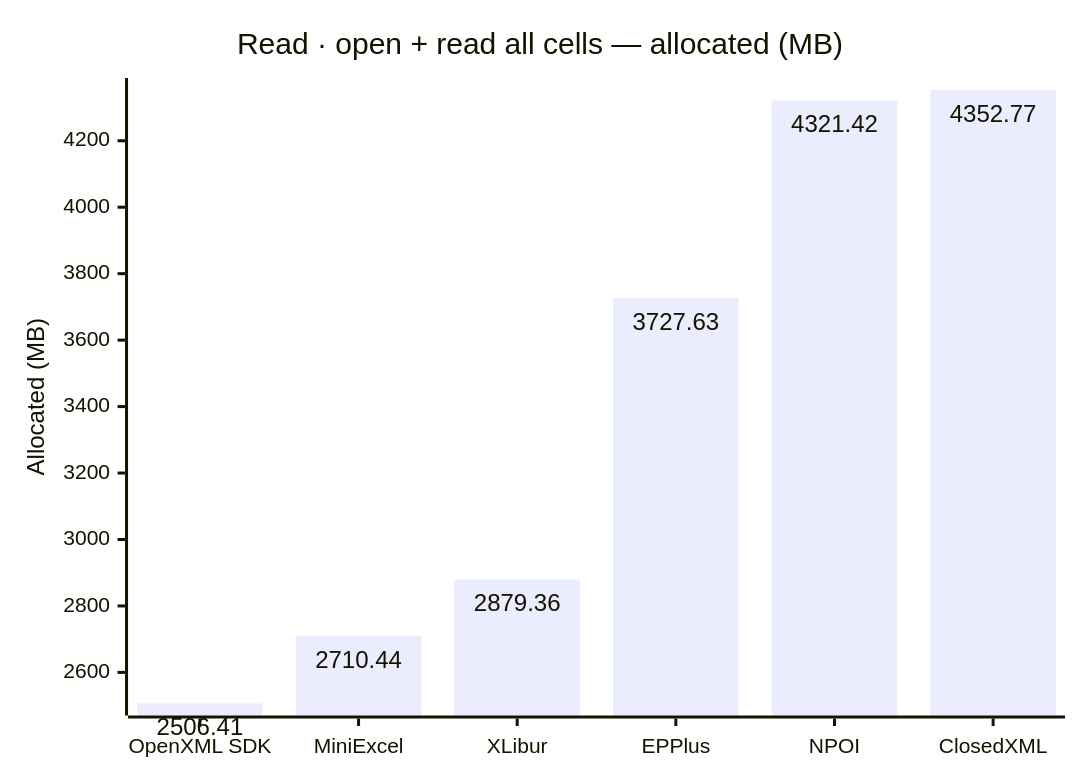
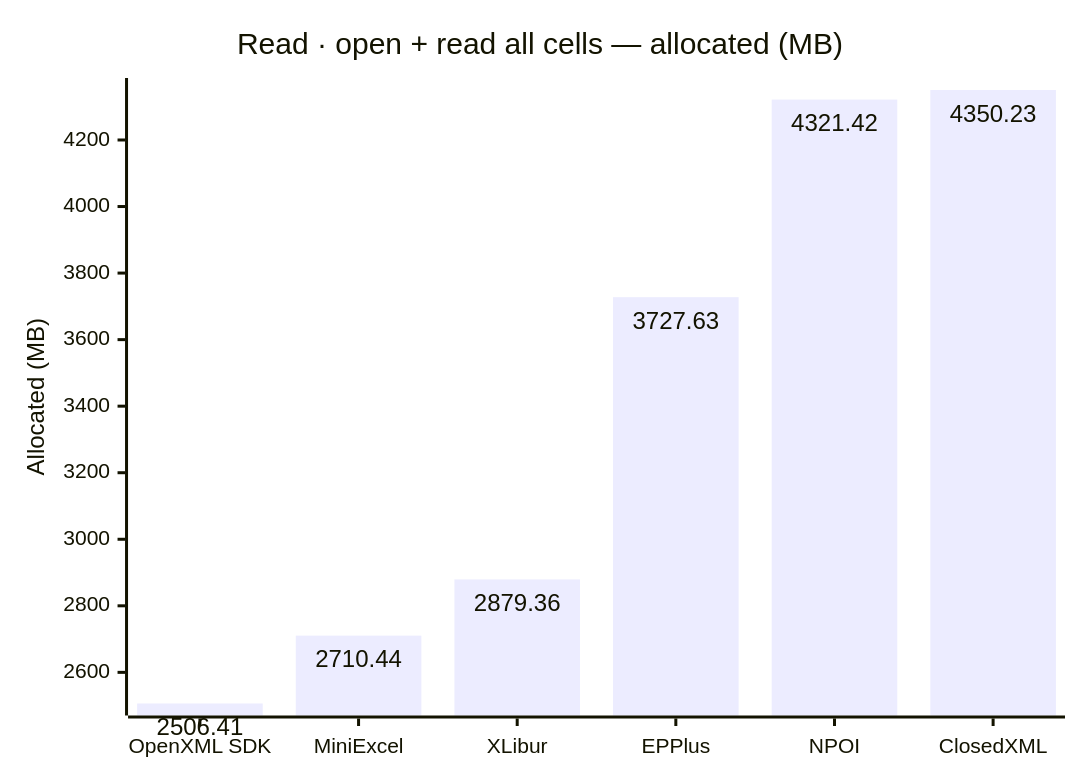
Before and after one commit to jafin/XLBench: the fourth of 6 diagrams in docs/results.md, drawn with Mermaid. The commit also changed other lines of this file and 3 other files, not shown here.

````diff
--- a/docs/results.md
+++ b/docs/results.md
@@ -72,12 +73,12 @@
 ```mermaid
 ---
 config:
   xyChart:
     showDataLabel: true
 ---
 xychart-beta
     title "Read · open + read all cells — allocated (MB)"
     x-axis ["OpenXML SDK", "MiniExcel", "XLibur", "EPPlus", "NPOI", "ClosedXML"]
     y-axis "Allocated (MB)"
-    bar [2506.41, 2710.44, 2879.36, 3727.63, 4321.42, 4352.77]
+    bar [2506.41, 2710.44, 2879.36, 3727.63, 4321.42, 4350.23]
 ```
````
